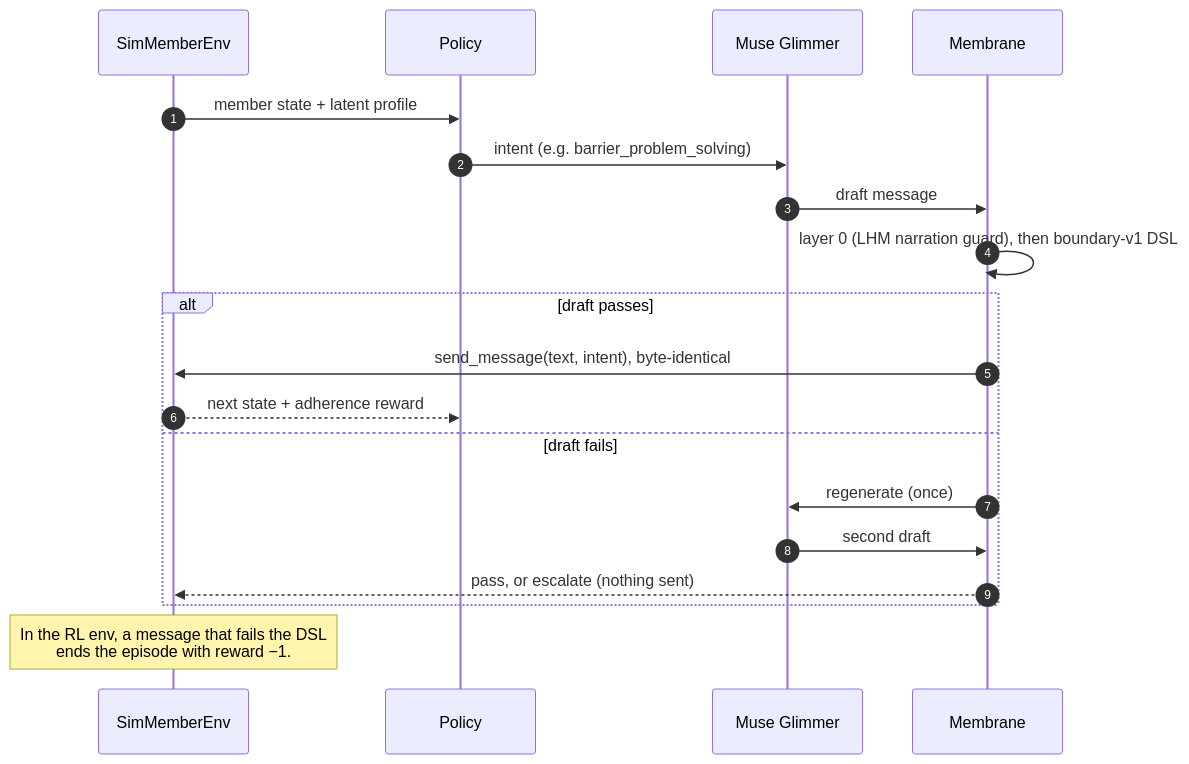
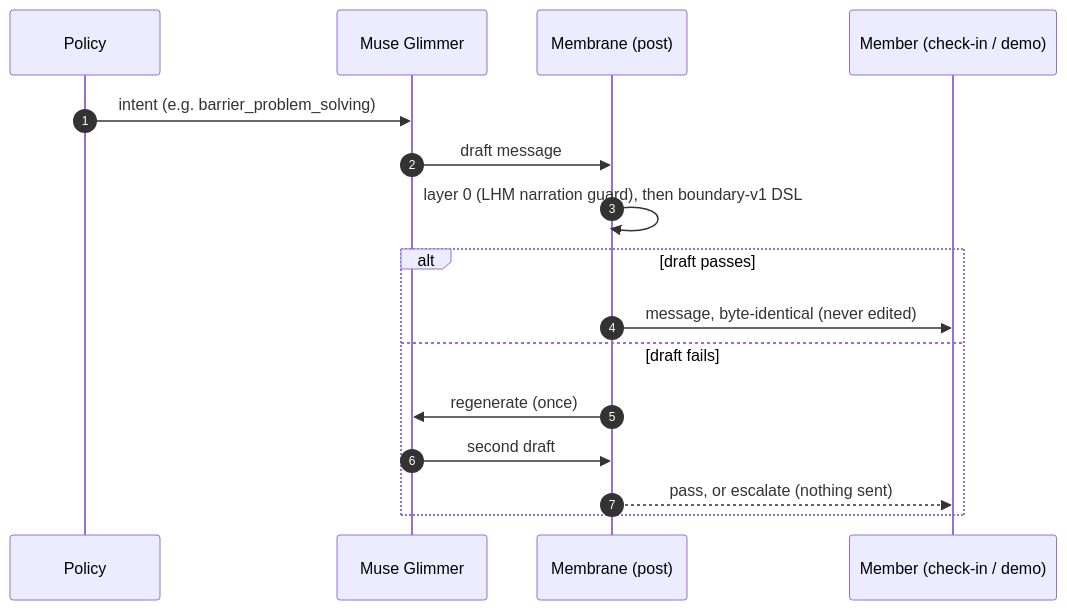
The second of 5 diagrams in README.md (Syntropy-Health/longevity-memory-sdk), drawn with Mermaid before and after one commit. The commit also changed other lines of this file, not shown here.

First line of the commit message:
TASK-HAC-71 - cto/cto for matt-mo: docs(readme): fix HAC-72 review, env path drawn as built

````diff
--- a/README.md
+++ b/README.md
@@ -70,21 +71,18 @@
 ```mermaid
 sequenceDiagram
     autonumber
-    participant Env as SimMemberEnv
     participant Pol as Policy
     participant LM as Muse Glimmer
-    participant Mem as Membrane
-    Env->>Pol: member state + latent profile
+    participant Mem as Membrane (post)
+    participant Out as Member (check-in / demo)
     Pol->>LM: intent (e.g. barrier_problem_solving)
     LM->>Mem: draft message
     Mem->>Mem: layer 0 (LHM narration guard), then boundary-v1 DSL
     alt draft passes
-        Mem->>Env: send_message(text, intent), byte-identical
-        Env-->>Pol: next state + adherence reward
+        Mem->>Out: message, byte-identical (never edited)
     else draft fails
         Mem->>LM: regenerate (once)
         LM->>Mem: second draft
-        Mem-->>Env: pass, or escalate (nothing sent)
+        Mem-->>Out: pass, or escalate (nothing sent)
     end
-    Note over Env: In the RL env, a message that fails the DSL<br/>ends the episode with reward −1.
 ```
````
